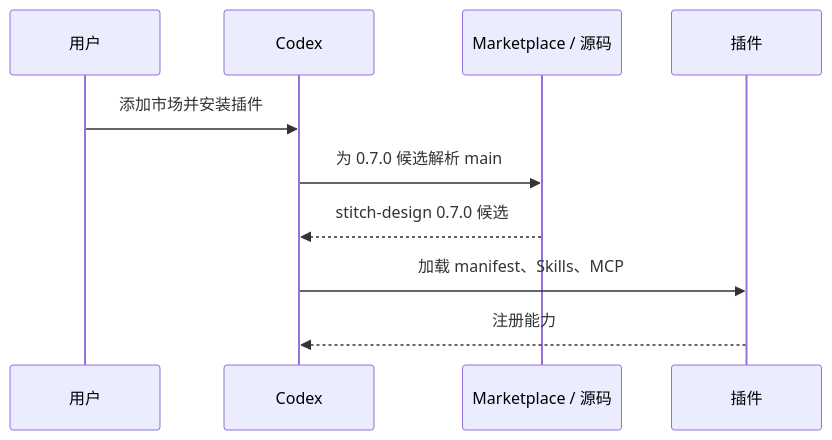
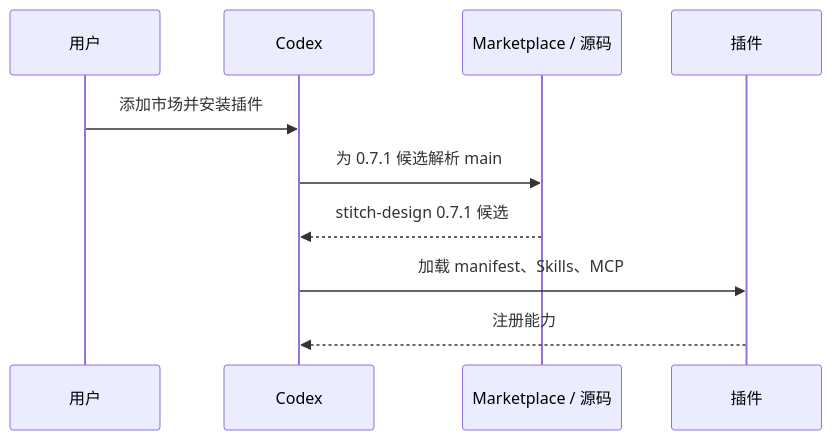
One commit to full-stack-plugins/stitch-design-plugin changed the seventh of 11 diagrams in docs/Stitch-Design-Architecture.zh_CN.md. Above: the diagram before and after it, drawn with Mermaid. The commit also changed other lines of this file and 16 other files, not shown here.

First line of the commit message:
chore: prepare Stitch Design 0.7.1 release

````diff
--- a/docs/Stitch-Design-Architecture.zh_CN.md
+++ b/docs/Stitch-Design-Architecture.zh_CN.md
@@ -158,12 +158,12 @@
 ```mermaid
 sequenceDiagram
     participant U as 用户
     participant C as Codex
     participant M as Marketplace / 源码
     participant P as 插件
     U->>C: 添加市场并安装插件
-    C->>M: 为 0.7.0 候选解析 main
-    M-->>C: stitch-design 0.7.0 候选
+    C->>M: 为 0.7.1 候选解析 main
+    M-->>C: stitch-design 0.7.1 候选
     C->>P: 加载 manifest、Skills、MCP
     P-->>C: 注册能力
 ```
````
